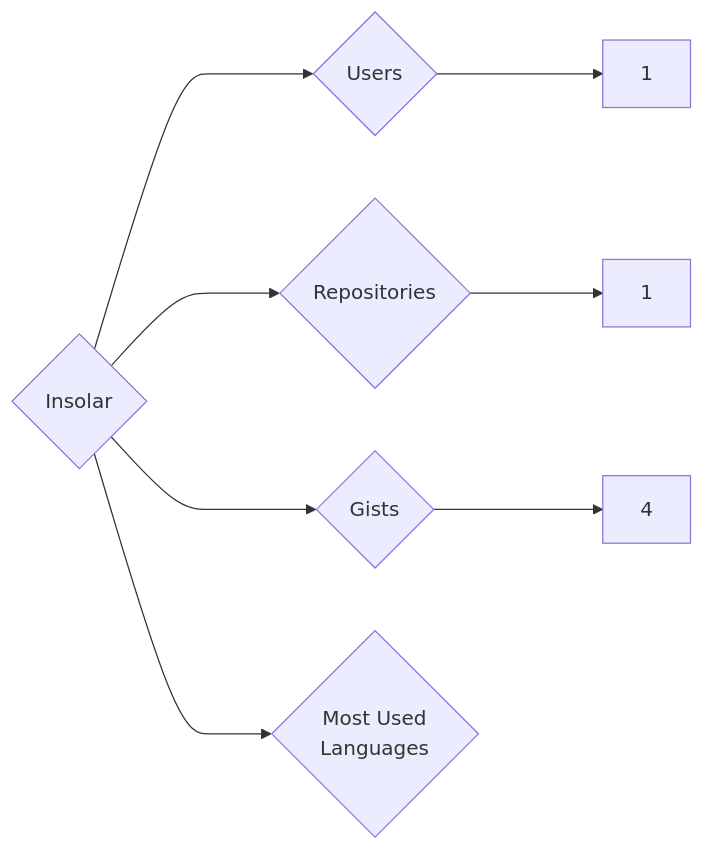
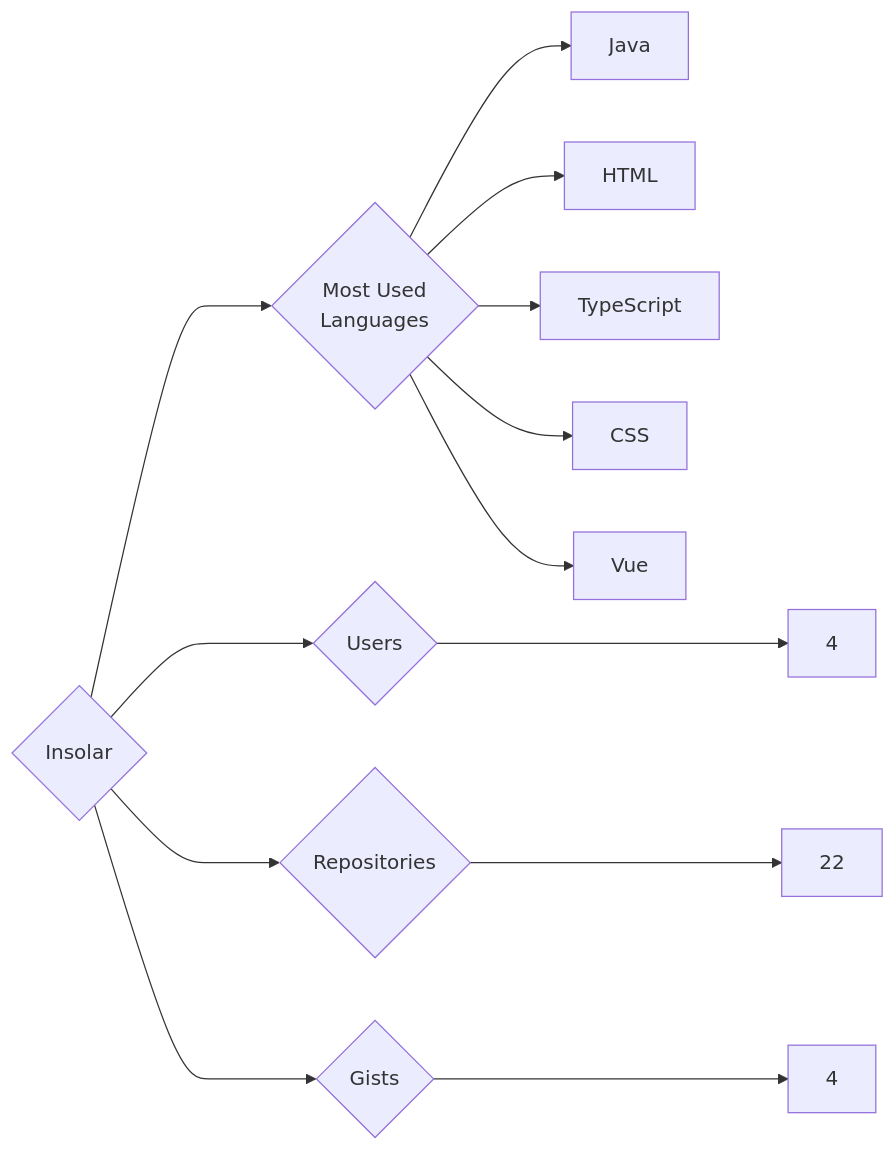
The diagram in targets/Insolar/README.md (trickest/insiders), drawn with Mermaid before and after one commit. The commit also changed 639 other files, not shown here.

````diff
--- a/targets/Insolar/README.md
+++ b/targets/Insolar/README.md
@@ -3,8 +3,13 @@
 ```mermaid
 graph LR
 COMPANY_NAME{Insolar}
-COMPANY_NAME ---> U{Users} ---> UN[1]
-COMPANY_NAME ---> R{Repositories} ---> RN[1]
+COMPANY_NAME ---> U{Users} ---> UN[4]
+COMPANY_NAME ---> R{Repositories} ---> RN[22]
 COMPANY_NAME ---> G{Gists} ---> GN[4]
 COMPANY_NAME ---> ML{Most Used<br>Languages}
+ML --> Java[Java]
+ML --> HTML[HTML]
+ML --> TypeScript[TypeScript]
+ML --> CSS[CSS]
+ML --> Vue[Vue]
 ```
````
